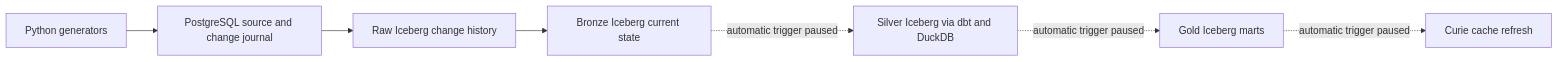
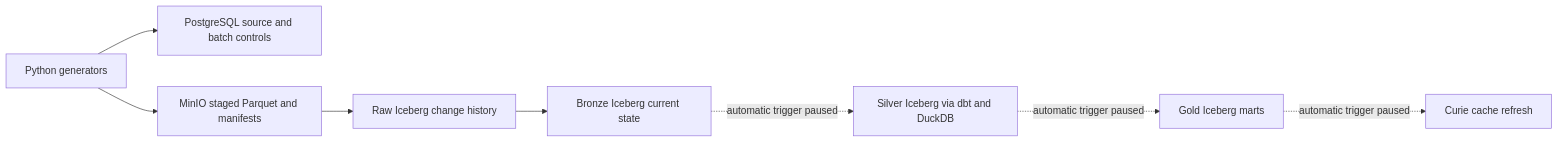
Before and after one commit to AntonMiniazev/ampere_project: the diagram in README.md, drawn with Mermaid. The commit also changed other lines of this file and 51 other files, not shown here.

Commit message:
refactor(pipeline): replace PostgreSQL journal with staged Parquet

````diff
--- a/README.md
+++ b/README.md
@@ -9,9 +7,10 @@
 ```mermaid
 flowchart LR
-    G[Python generators] --> P[PostgreSQL source and change journal]
-    P --> R[Raw Iceberg change history]
+    G[Python generators] --> P[PostgreSQL source and batch controls]
+    G --> M[MinIO staged Parquet and manifests]
+    M --> R[Raw Iceberg change history]
     R --> B[Bronze Iceberg current state]
     B -. automatic trigger paused .-> S[Silver Iceberg via dbt and DuckDB]
     S -. automatic trigger paused .-> O[Gold Iceberg marts]
     O -. automatic trigger paused .-> C[Curie cache refresh]
 ```
````
